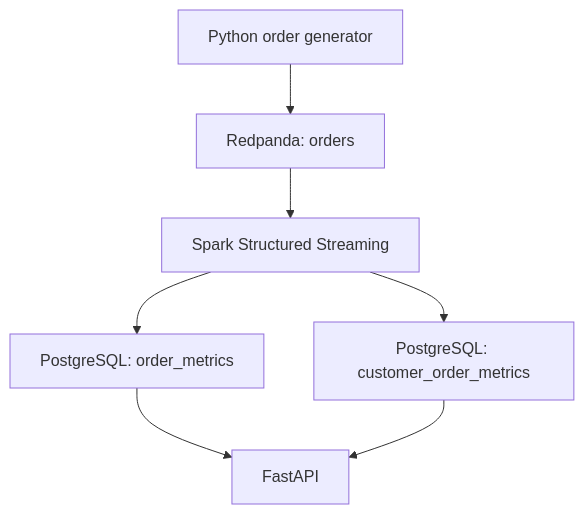
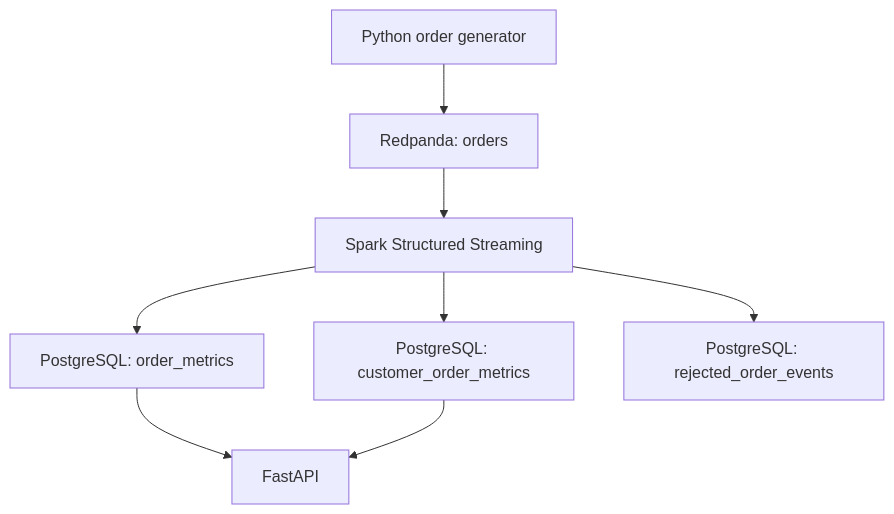
The diagram in README.md (malapatisaisony/streaming-metrics-api), drawn with Mermaid before and after one commit. The commit also changed other lines of this file and 1 other file, not shown here.

Commit message:
Measure and document order-to-API freshness

````diff
--- a/README.md
+++ b/README.md
@@ -8,9 +7,10 @@
 ```mermaid
 flowchart TD
     P["Python order generator"] --> R["Redpanda: orders"]
     R --> S["Spark Structured Streaming"]
     S --> M["PostgreSQL: order_metrics"]
     S --> C["PostgreSQL: customer_order_metrics"]
+    S --> X["PostgreSQL: rejected_order_events"]
     M --> A["FastAPI"]
     C --> A
 ```
````
